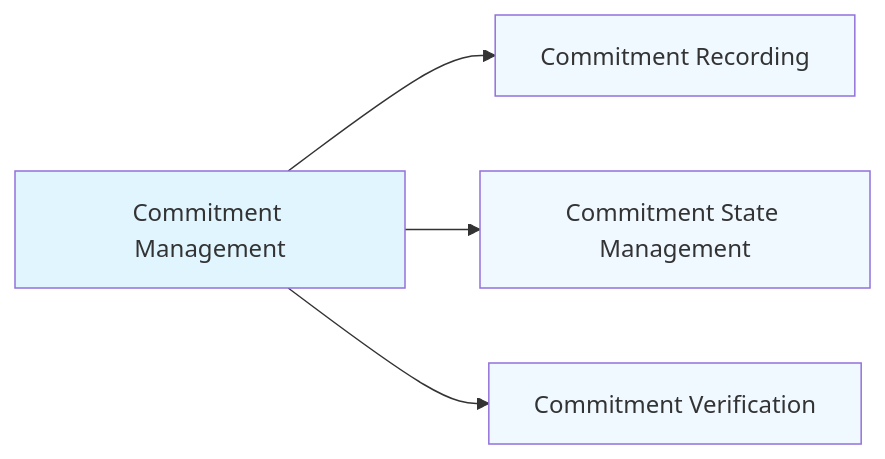
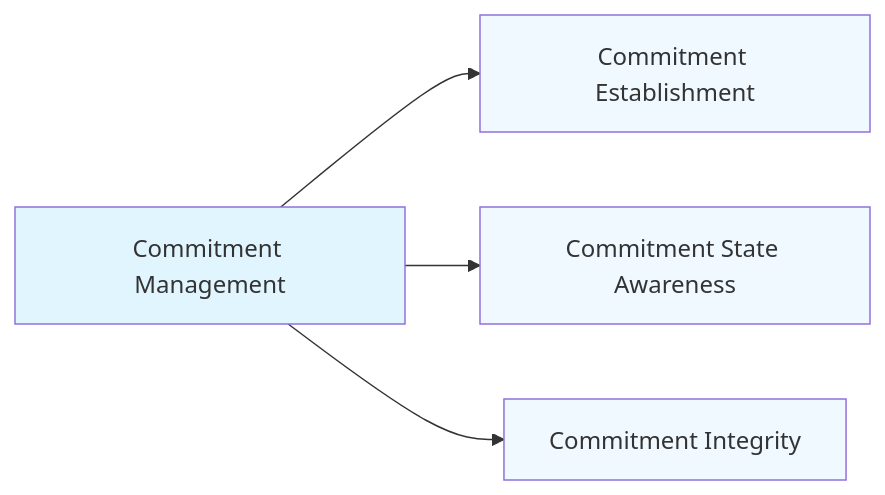
One commit to Evilazaro/Azure-LogicApps-Monitoring changed the second of 10 diagrams in docs/architecture/01-business-architecture.md. Above: the diagram before and after it, drawn with Mermaid. The commit also changed other lines of this file, not shown here.

Commit message:
Refactor Business Architecture document: update terminology and enhance clarity in commitment management and fulfillment sections

````diff
--- a/docs/architecture/01-business-architecture.md
+++ b/docs/architecture/01-business-architecture.md
@@ -135,11 +135,11 @@
 ```mermaid
 graph LR
-    CM[Commitment Management] --> CR[Commitment Recording]
-    CM --> CS[Commitment State Management]
-    CM --> CV[Commitment Verification]
+    CM[Commitment Management] --> CR[Commitment Establishment]
+    CM --> CS[Commitment State Awareness]
+    CM --> CV[Commitment Integrity]
 
     style CM fill:#e1f5ff
     style CR fill:#f0f9ff
     style CS fill:#f0f9ff
     style CV fill:#f0f9ff
 ```
````
